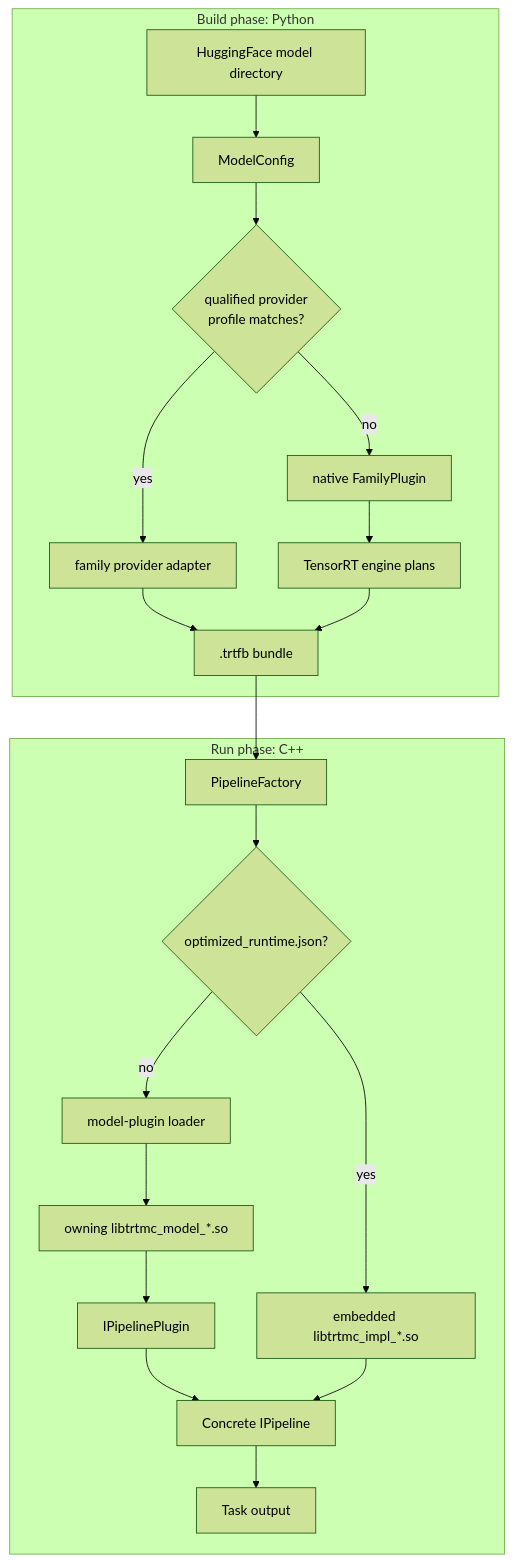
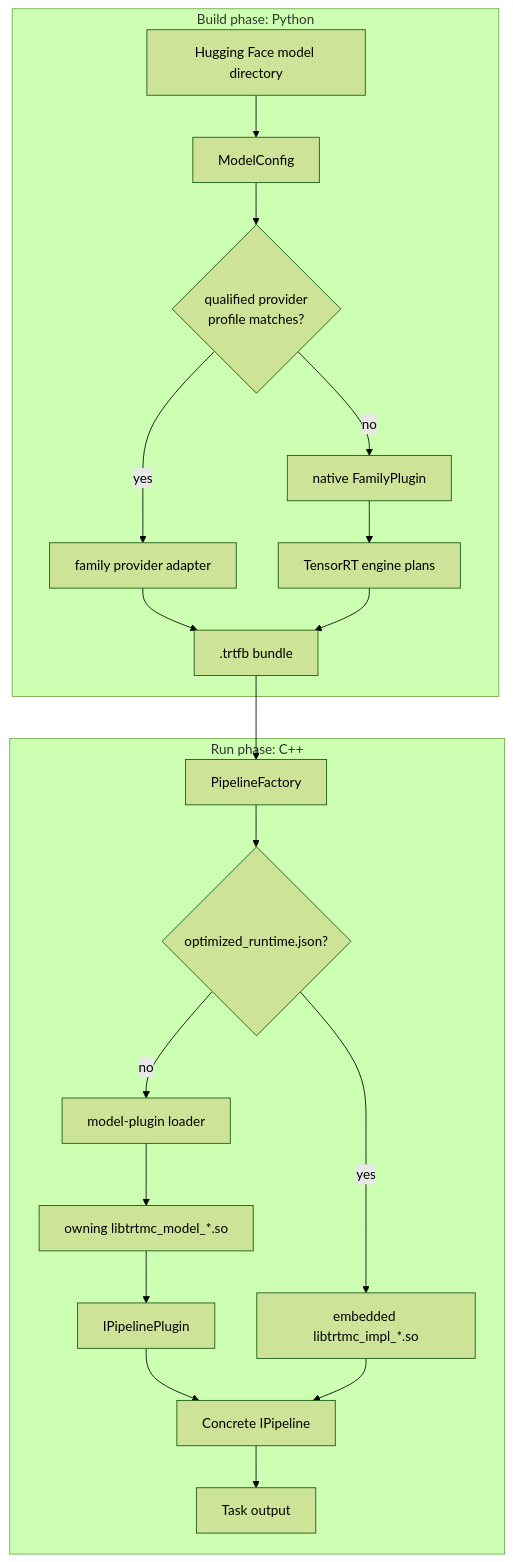
Before and after one commit to NVIDIA/TensorRT-Model-Connect: the second of 2 diagrams in website/docs/intro.md, drawn with Mermaid (forest theme). The commit also changed other lines of this file and 33 other files, not shown here.

````diff
--- a/website/docs/intro.md
+++ b/website/docs/intro.md
@@ -60,24 +60,24 @@
 ```mermaid
 flowchart TB
   subgraph Build["Build phase: Python"]
-    HF["HuggingFace model directory"] --> Config["ModelConfig"]
+    HF["Hugging Face model directory"] --> Config["ModelConfig"]
     Config --> Route{"qualified provider<br/>profile matches?"}
     Route -->|no| Family["native FamilyPlugin"]
     Family --> TRT["TensorRT engine plans"]
     Route -->|yes| Provider["family provider adapter"]
     Provider --> Bundle[".trtfb bundle"]
     TRT --> Bundle
   end
 
   subgraph Run["Run phase: C++"]
     Bundle --> Factory["PipelineFactory"]
     Factory --> Kind{"optimized_runtime.json?"}
     Kind -->|no| Loader["model-plugin loader"]
     Loader --> DSO["owning libtrtmc_model_*.so"]
     DSO --> Plugin["IPipelinePlugin"]
     Kind -->|yes| Optimized["embedded libtrtmc_impl_*.so"]
     Plugin --> Runtime["Concrete IPipeline"]
     Optimized --> Runtime
     Runtime --> Output["Task output"]
   end
 ```
````
